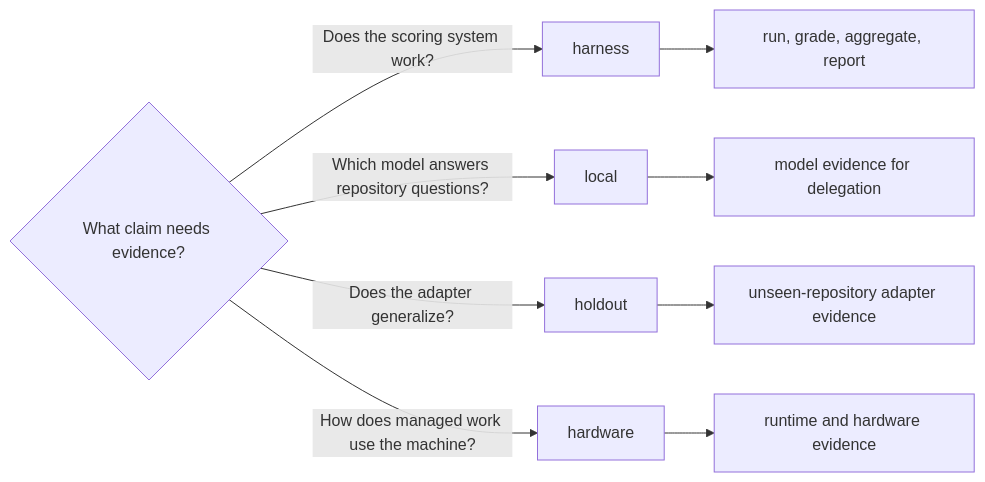
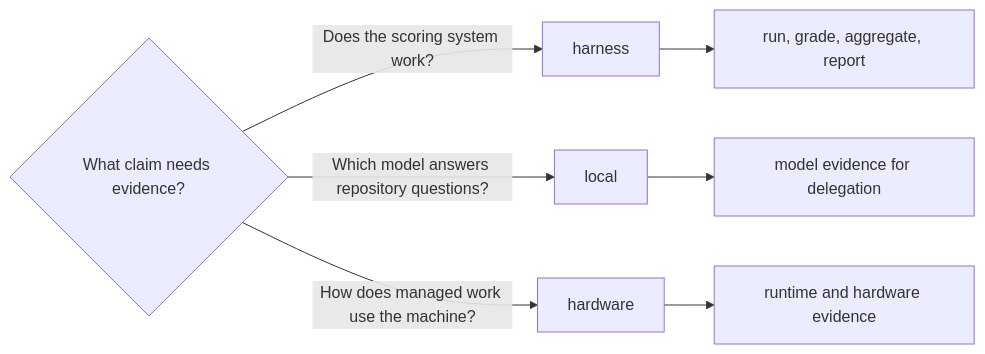
One commit to bgauryy/FreeLlama changed the diagram in benchmark/README.md. Above: the diagram before and after it, drawn with Mermaid. The commit also changed other lines of this file and 351 other files, not shown here.

````diff
--- a/benchmark/README.md
+++ b/benchmark/README.md
@@ -7,12 +7,10 @@
 ```mermaid
 flowchart LR
     Q{"What claim needs evidence?"}
     Q -->|"Does the scoring system work?"| H["harness"]
     Q -->|"Which model answers repository questions?"| L["local"]
-    Q -->|"Does the adapter generalize?"| O["holdout"]
     Q -->|"How does managed work use the machine?"| P["hardware"]
     H --> A["run, grade, aggregate, report"]
     L --> E["model evidence for delegation"]
-    O --> G["unseen-repository adapter evidence"]
     P --> R["runtime and hardware evidence"]
 ```
````
